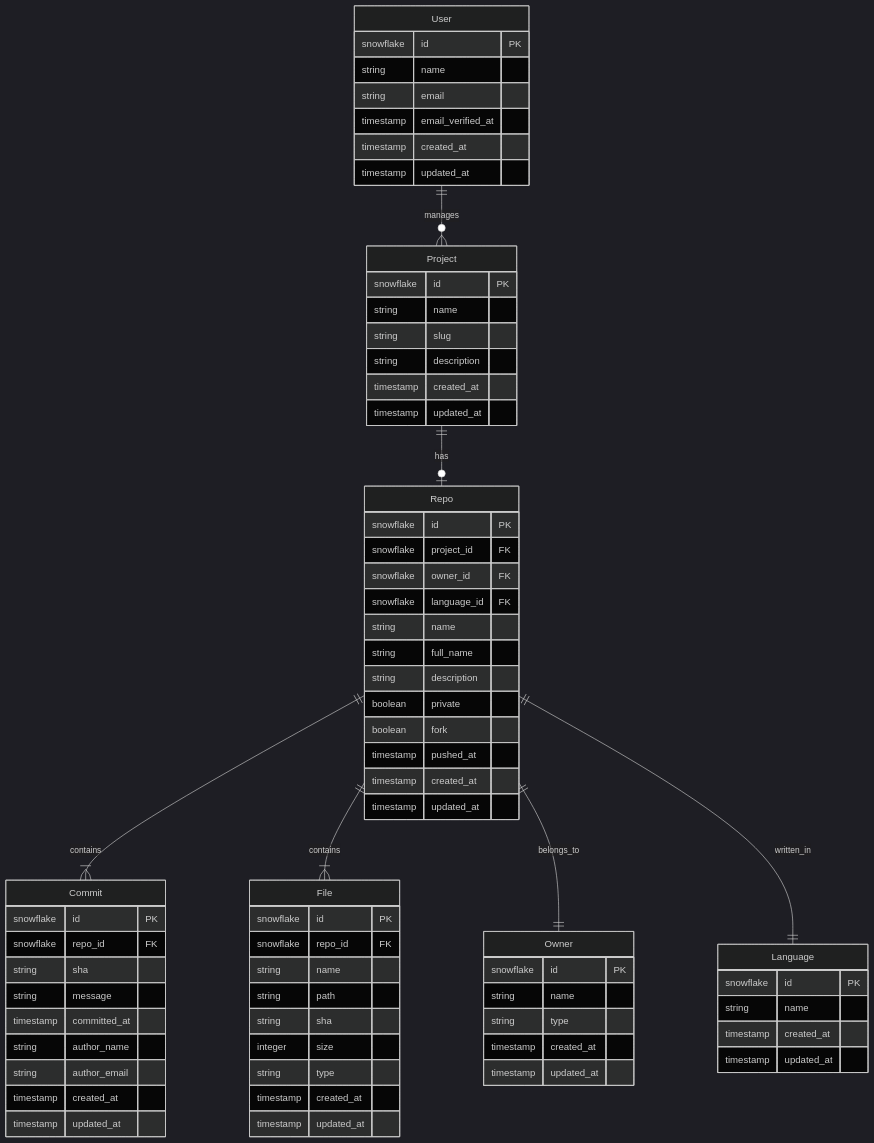
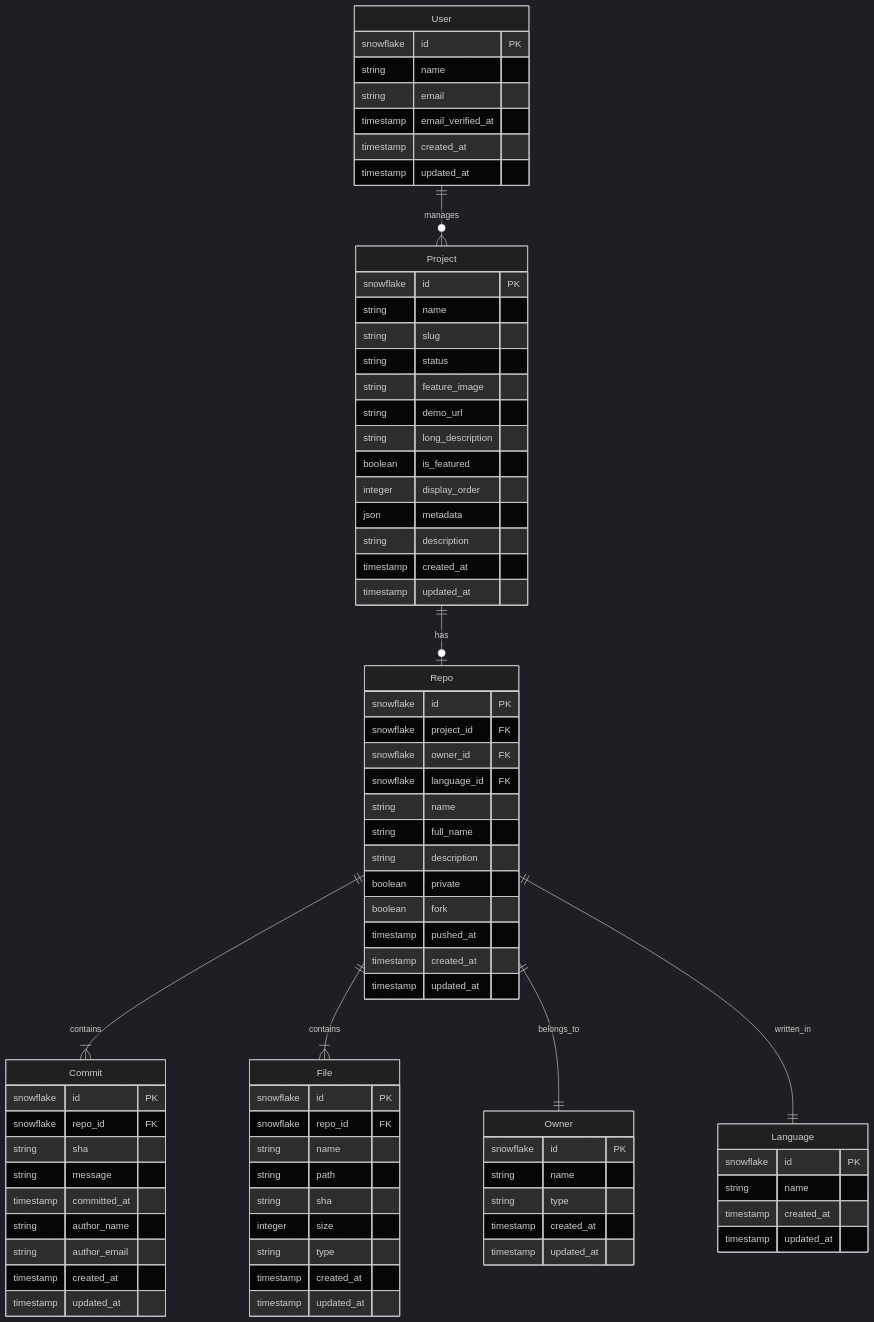
One commit to jordanpartridge/project-api changed the diagram in app/Models/ARCHITECTURE.md. Above: the diagram before and after it, drawn with Mermaid (dark theme).

Commit message:
update arch docs

```diff
--- a/app/Models/ARCHITECTURE.md
+++ b/app/Models/ARCHITECTURE.md
@@ -15,6 +15,13 @@
         snowflake id PK
         string name
         string slug
+        string status
+        string feature_image
+        string demo_url
+        string long_description
+        boolean is_featured
+        integer display_order
+        json metadata
         string description
         timestamp created_at
         timestamp updated_at
```
